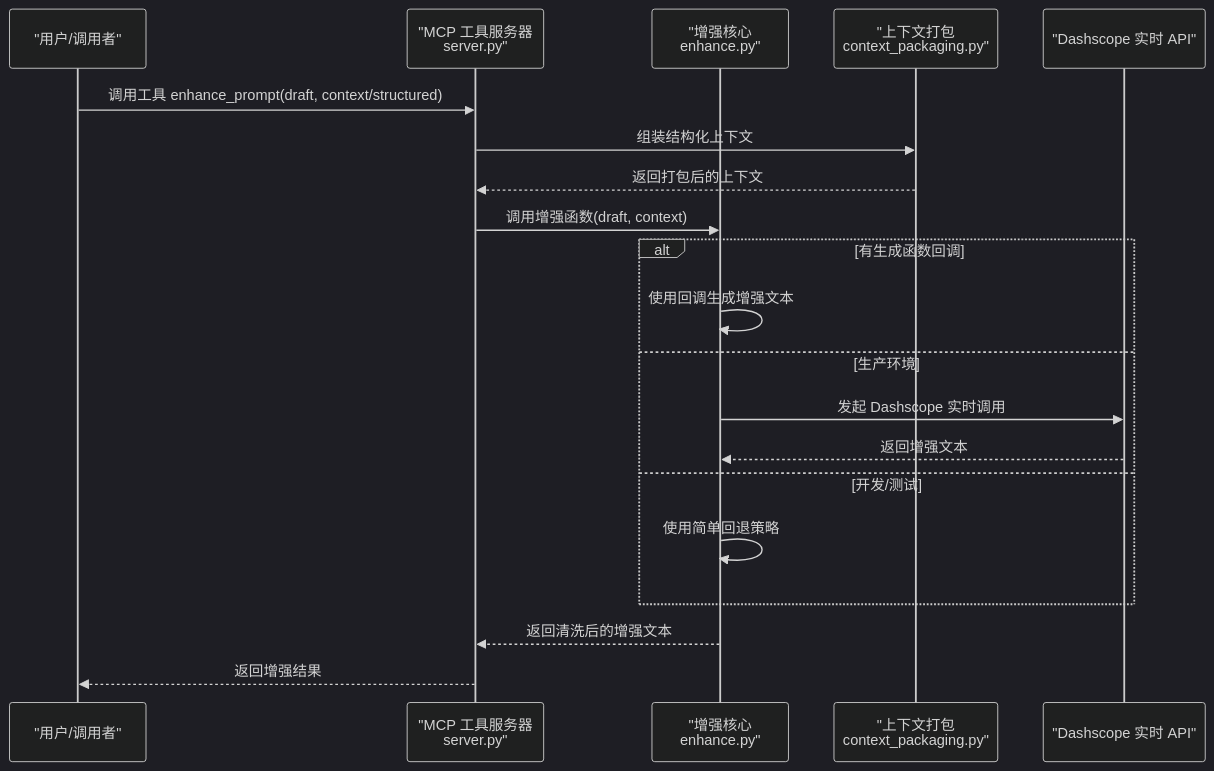
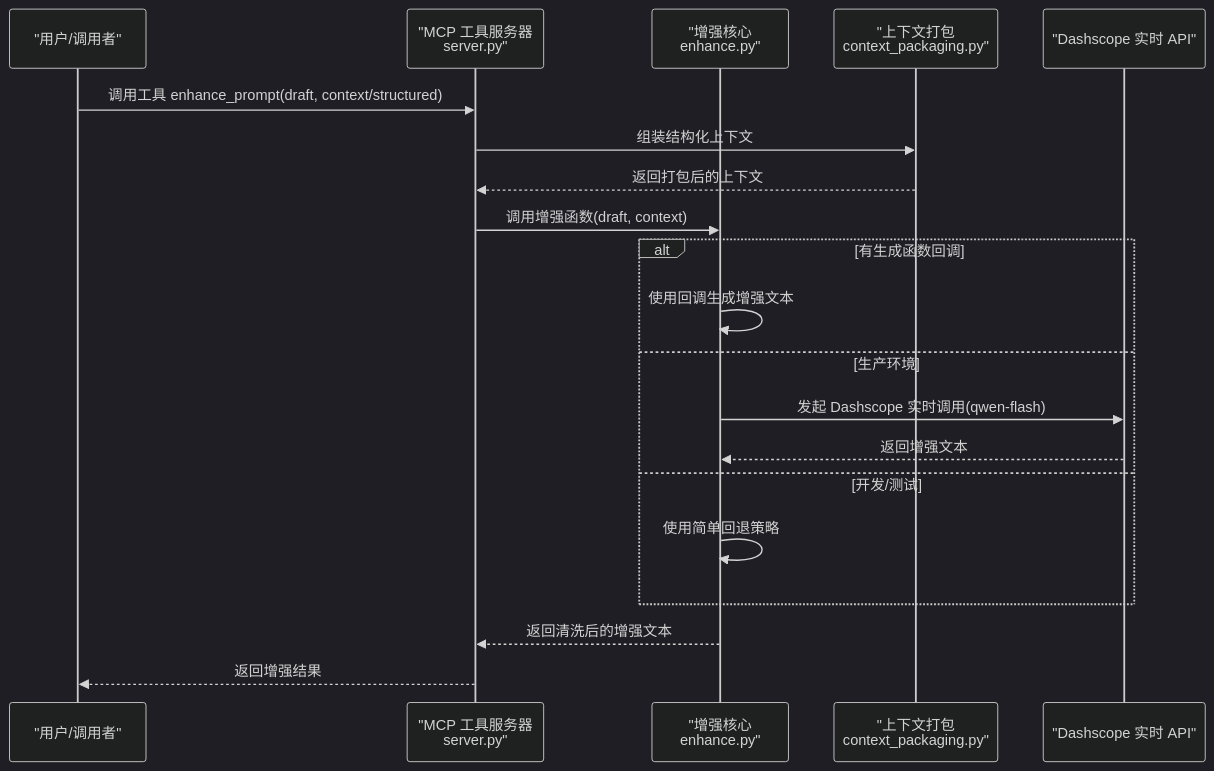
The second of 7 diagrams in .qoder/repowiki/zh/content/核心架构/增强引擎.md (WyRainBow/PromptCocoPilot), drawn with Mermaid (dark theme) before and after one commit. The commit also changed other lines of this file and 57 other files, not shown here.

````diff
--- a/.qoder/repowiki/zh/content/核心架构/增强引擎.md
+++ b/.qoder/repowiki/zh/content/核心架构/增强引擎.md
@@ -124,22 +127,22 @@
 ```mermaid
 sequenceDiagram
 participant U as "用户/调用者"
 participant S as "MCP 工具服务器<br/>server.py"
 participant E as "增强核心<br/>enhance.py"
 participant CP as "上下文打包<br/>context_packaging.py"
 participant DS as "Dashscope 实时 API"
 U->>S : 调用工具 enhance_prompt(draft, context/structured)
 S->>CP : 组装结构化上下文
 CP-->>S : 返回打包后的上下文
 S->>E : 调用增强函数(draft, context)
 alt 有生成函数回调
 E->>E : 使用回调生成增强文本
 else 生产环境
-E->>DS : 发起 Dashscope 实时调用
+E->>DS : 发起 Dashscope 实时调用(qwen-flash)
 DS-->>E : 返回增强文本
 else 开发/测试
 E->>E : 使用简单回退策略
 end
 E-->>S : 返回清洗后的增强文本
 S-->>U : 返回增强结果
 ```
````
